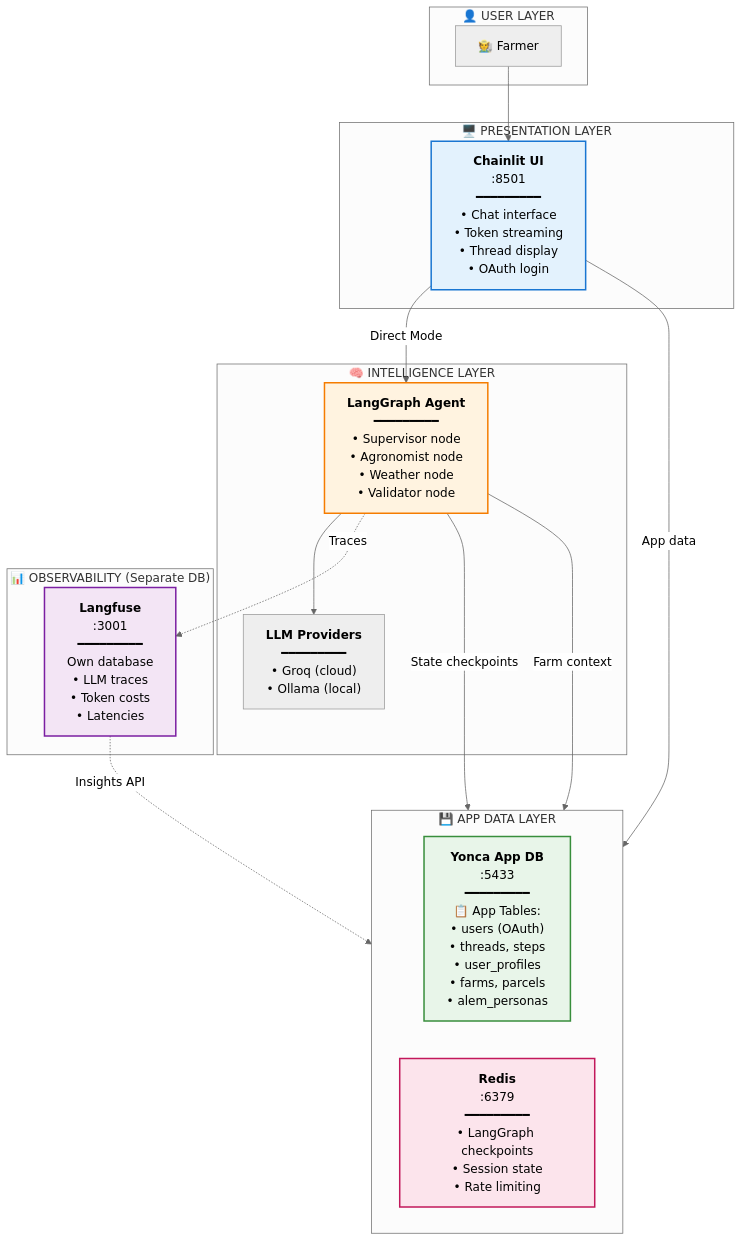
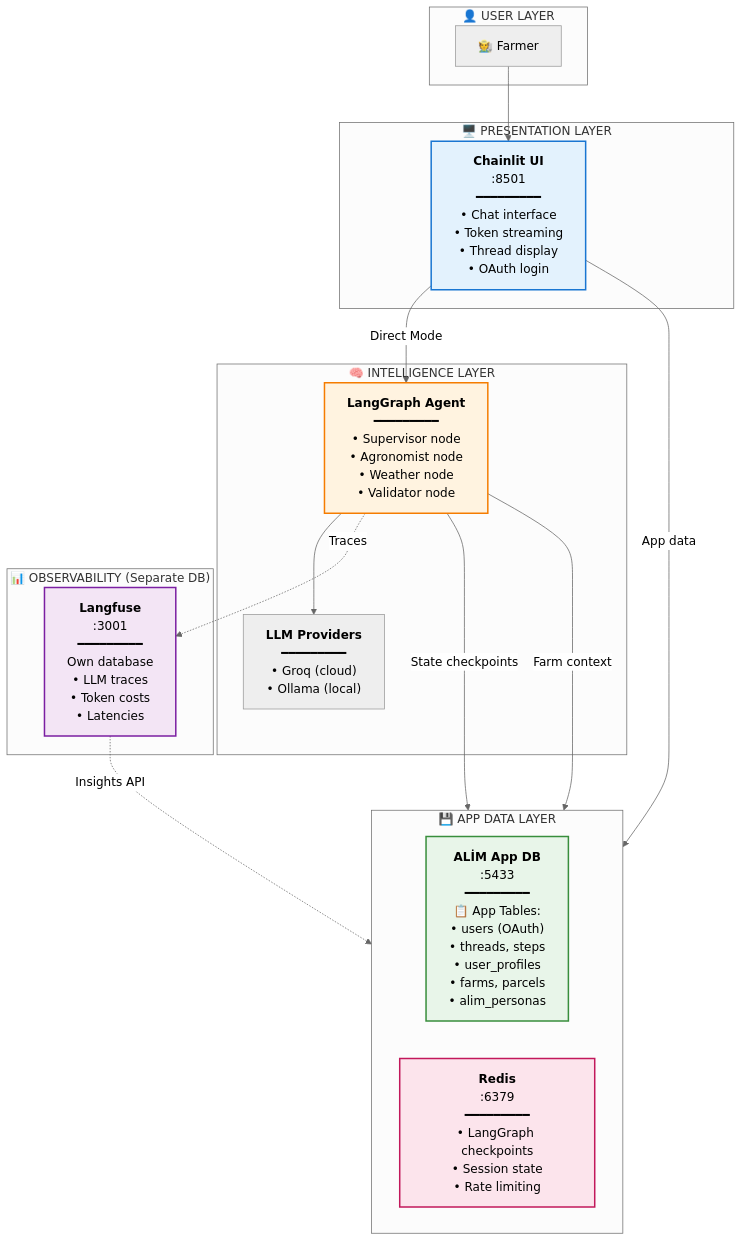
One commit to Px8Studio/yonja changed the second of 7 diagrams in docs/zekalab/03-ARCHITECTURE.md. Above: the diagram before and after it, drawn with Mermaid. The commit also changed other lines of this file and 259 other files, not shown here.

````diff
--- a/docs/zekalab/03-ARCHITECTURE.md
+++ b/docs/zekalab/03-ARCHITECTURE.md
@@ -84,41 +84,41 @@
 ```mermaid
 %%{init: {'theme': 'neutral'}}%%
 flowchart TB
     subgraph user["👤 USER LAYER"]
         farmer["🧑‍🌾 Farmer"]
     end
 
     subgraph ui["🖥️ PRESENTATION LAYER"]
         chainlit["<b>Chainlit UI</b><br/>:8501<br/>━━━━━━━━━<br/>• Chat interface<br/>• Token streaming<br/>• Thread display<br/>• OAuth login"]
     end
 
     subgraph brain["🧠 INTELLIGENCE LAYER"]
         langgraph["<b>LangGraph Agent</b><br/>━━━━━━━━━<br/>• Supervisor node<br/>• Agronomist node<br/>• Weather node<br/>• Validator node"]
         llm["<b>LLM Providers</b><br/>━━━━━━━━━<br/>• Groq (cloud)<br/>• Ollama (local)"]
     end
 
     subgraph data["💾 APP DATA LAYER"]
         direction LR
-        postgres["<b>Yonca App DB</b><br/>:5433<br/>━━━━━━━━━<br/>📋 App Tables:<br/>• users (OAuth)<br/>• threads, steps<br/>• user_profiles<br/>• farms, parcels<br/>• alem_personas"]
+        postgres["<b>ALİM App DB</b><br/>:5433<br/>━━━━━━━━━<br/>📋 App Tables:<br/>• users (OAuth)<br/>• threads, steps<br/>• user_profiles<br/>• farms, parcels<br/>• alim_personas"]
         redis["<b>Redis</b><br/>:6379<br/>━━━━━━━━━<br/>• LangGraph checkpoints<br/>• Session state<br/>• Rate limiting"]
     end
 
     subgraph observe["📊 OBSERVABILITY (Separate DB)"]
         langfuse["<b>Langfuse</b><br/>:3001<br/>━━━━━━━━━<br/>Own database<br/>• LLM traces<br/>• Token costs<br/>• Latencies"]
     end
 
     farmer --> chainlit
     chainlit --> |"Direct Mode"| langgraph
     langgraph --> llm
     langgraph --> |"State checkpoints"| redis
     chainlit --> |"App data"| postgres
     langgraph --> |"Farm context"| postgres
     langgraph -.-> |"Traces"| langfuse
     langfuse -.-> |"Insights API"| postgres
 
     style chainlit fill:#e3f2fd,stroke:#1976d2,stroke-width:2px
     style langgraph fill:#fff3e0,stroke:#f57c00,stroke-width:2px
     style postgres fill:#e8f5e9,stroke:#388e3c,stroke-width:2px
     style redis fill:#fce4ec,stroke:#c2185b,stroke-width:2px
     style langfuse fill:#f3e5f5,stroke:#7b1fa2,stroke-width:2px
 ```
````
